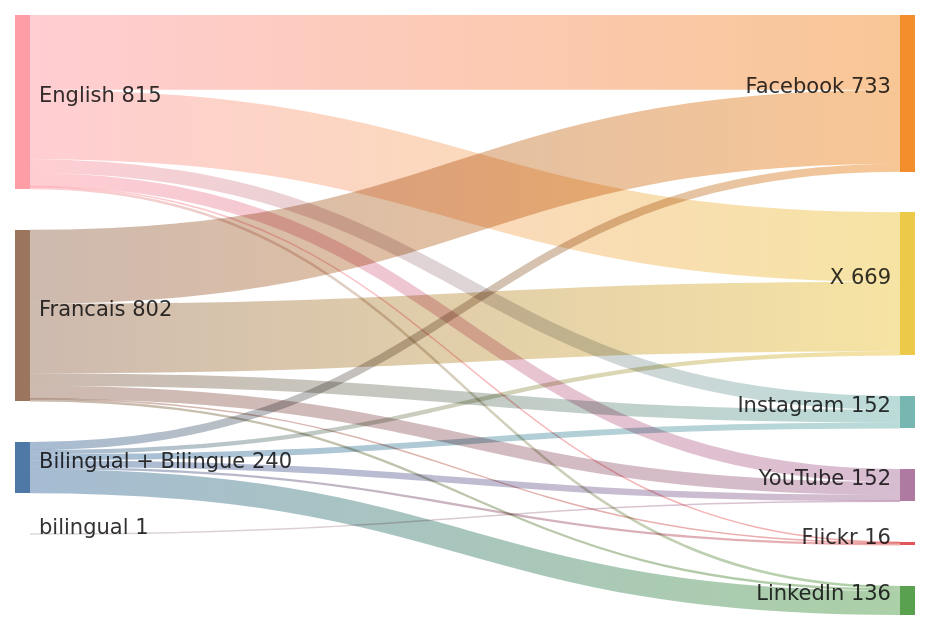
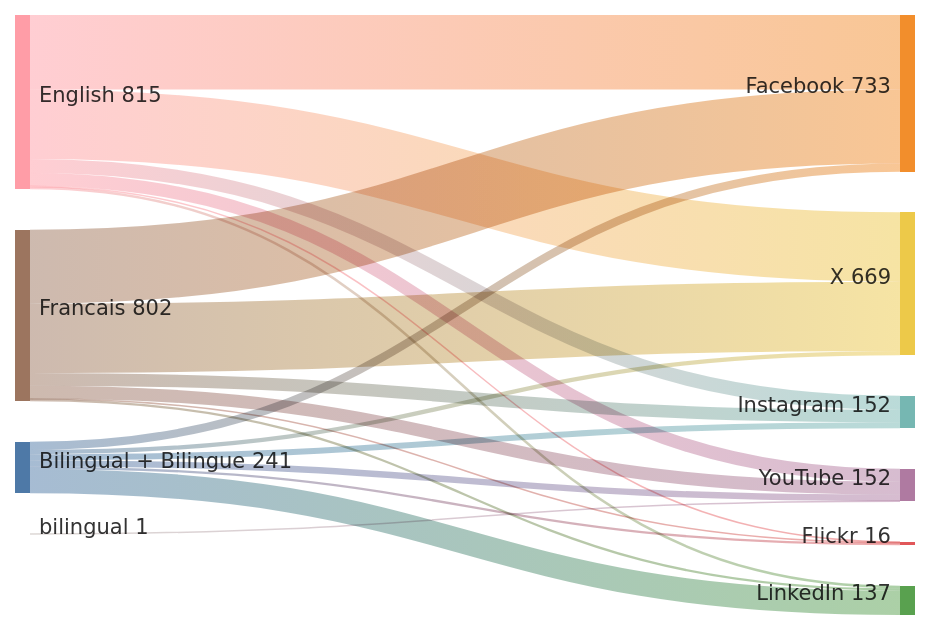
One commit to PatLittle/GC-Socials changed the diagram in sankey_diagram.md. Above: the diagram before and after it, drawn with Mermaid.

Commit message:
Update Sankey diagram for the most recent day

````diff
--- a/sankey_diagram.md
+++ b/sankey_diagram.md
@@ -1,22 +1,22 @@
 ```mermaid
 sankey-beta
   Bilingual + Bilingue,Facebook,38
   Bilingual + Bilingue,Flickr,11
   Bilingual + Bilingue,Instagram,28
-  Bilingual + Bilingue,LinkedIn,113
+  Bilingual + Bilingue,LinkedIn,114
   Bilingual + Bilingue,X,20
   Bilingual + Bilingue,YouTube,30
   English,Facebook,349
   English,Flickr,3
   English,Instagram,65
   English,LinkedIn,12
   English,X,325
   English,YouTube,61
   Francais,Facebook,346
   Francais,Flickr,2
   Francais,Instagram,59
   Francais,LinkedIn,11
   Francais,X,324
   Francais,YouTube,60
   bilingual,YouTube,1
 ```
````
